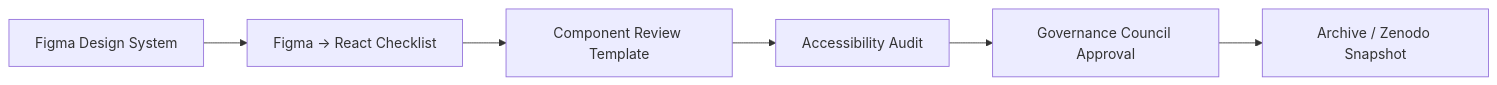
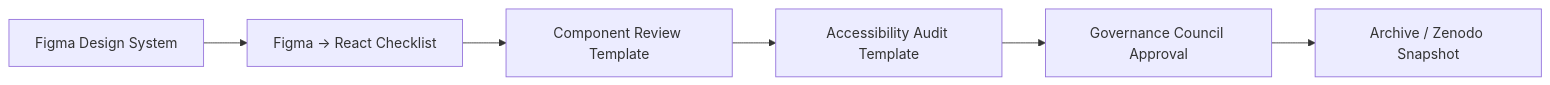
One commit to bartytime4life/Kansas-Frontier-Matrix changed the diagram in docs/design/reviews/ui_components/templates/figma_to_react_checklist.md. Above: the diagram before and after it, drawn with Mermaid. The commit also changed other lines of this file, not shown here.

````diff
--- a/docs/design/reviews/ui_components/templates/figma_to_react_checklist.md
+++ b/docs/design/reviews/ui_components/templates/figma_to_react_checklist.md
@@ -305,8 +366,8 @@
 ```mermaid
 flowchart LR
   F["Figma Design System"] --> T["Figma → React Checklist"]
   T --> R["Component Review Template"]
-  R --> A["Accessibility Audit"]
+  R --> A["Accessibility Audit Template"]
   A --> G["Governance Council Approval"]
   G --> ARC["Archive / Zenodo Snapshot"]
 ```
````
